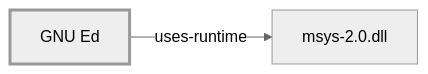
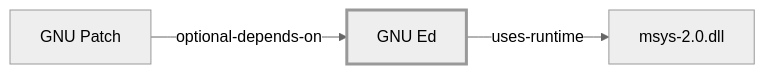
The diagram in docs/GNU-ED.md (baileyrd/AKB), drawn with Mermaid (neutral theme) before and after one commit. The commit also changed other lines of this file and 29 other files, not shown here.

````diff
--- a/docs/GNU-ED.md
+++ b/docs/GNU-ED.md
@@ -133,7 +133,9 @@
 ```mermaid
 flowchart LR
     subject["GNU Ed"]
+    u0["GNU Patch"]
+    u0 -->|optional-depends-on| subject
     d0["msys-2.0.dll"]
     subject -->|uses-runtime| d0
     style subject stroke-width:3px
 ```
````
